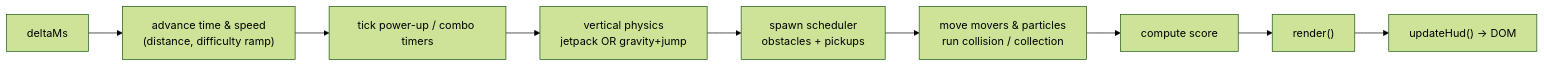
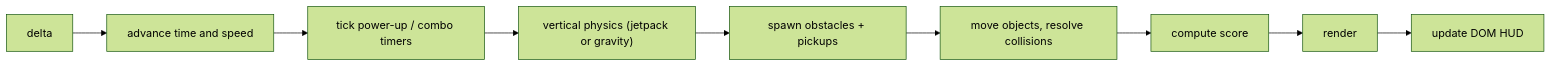
One commit to Kevin-Edwards57/avenue-run changed the second of 7 diagrams in ARCHITECTURE.md. Above: the diagram before and after it, drawn with Mermaid (forest theme). The commit also changed other lines of this file and 3 other files, not shown here.

Commit message:
docs: rewrite README and system architecture; stop tracking local tooling

````diff
--- a/ARCHITECTURE.md
+++ b/ARCHITECTURE.md
@@ -86,11 +72,11 @@
 ```mermaid
 flowchart LR
-  A["deltaMs"] --> B["advance time & speed<br/>(distance, difficulty ramp)"]
+  A["delta"] --> B["advance time and speed"]
   B --> C["tick power-up / combo timers"]
-  C --> D["vertical physics<br/>jetpack OR gravity+jump"]
-  D --> E["spawn scheduler<br/>obstacles + pickups"]
-  E --> F["move movers &amp; particles<br/>run collision / collection"]
+  C --> D["vertical physics (jetpack or gravity)"]
+  D --> E["spawn obstacles + pickups"]
+  E --> F["move objects, resolve collisions"]
   F --> G["compute score"]
-  G --> H["render()"]
-  H --> I["updateHud() → DOM"]
+  G --> H["render"]
+  H --> I["update DOM HUD"]
 ```
````
